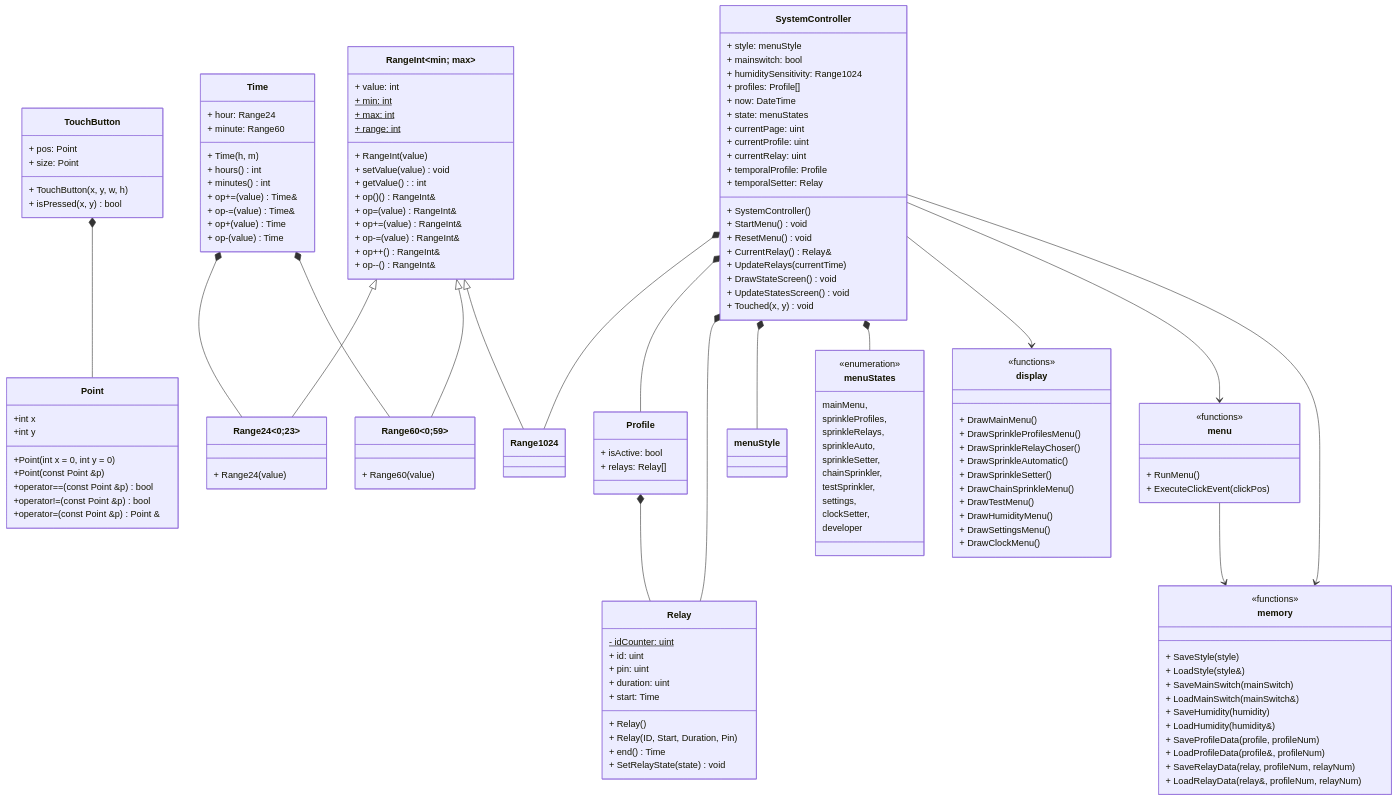
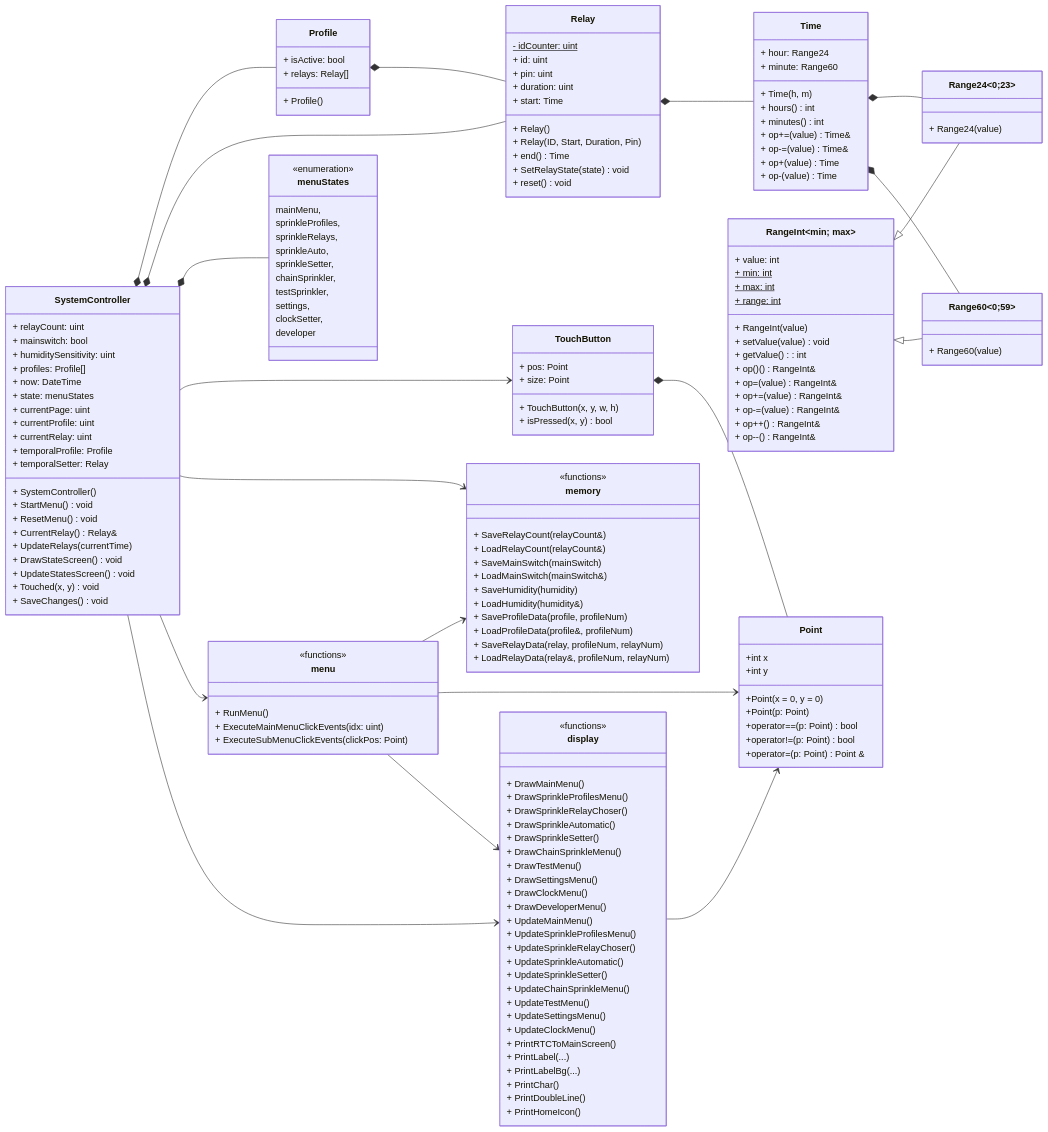
Before and after one commit to Spyro1/SprinkleSystem: the first of 2 diagrams in MinimalistSprinklerGUI/DEVDOC.md, drawn with Mermaid. The commit also changed other lines of this file and 2 other files, not shown here.

Commit message:
DEVDOC class diagram improved, menu diagram in ppt

````diff
--- a/MinimalistSprinklerGUI/DEVDOC.md
+++ b/MinimalistSprinklerGUI/DEVDOC.md
@@ -38,9 +15,9 @@
 ```mermaid
 classDiagram
-    direction TB
+    direction LR
     class menuStates{
         <<enumeration>>
-        mainMenu,
+        mainMenu, 
         sprinkleProfiles,
         sprinkleRelays,
         sprinkleAuto,
@@ -54,11 +31,11 @@
     class Point {
         +int x
         +int y
-        +Point(int x = 0, int y = 0)
-        +Point(const Point &p)
-        +operator==(const Point &p) bool
-        +operator!=(const Point &p) bool
-        +operator=(const Point &p) Point &
+        +Point(x = 0, y = 0)
+        +Point(p: Point)
+        +operator==(p: Point) bool
+        +operator!=(p: Point) bool
+        +operator=(p: Point) Point &
     }
     class RangeInt~min; max~{
         + value: int
@@ -108,15 +85,17 @@
         + Relay(ID, Start, Duration, Pin)
         + end() Time
         + SetRelayState(state) void
+        + reset() void
     }
     class Profile{
         + isActive: bool
         + relays: Relay[]
+        + Profile()
     }
     class SystemController{
-        + style: menuStyle
+        + relayCount: uint
         + mainswitch: bool
-        + humiditySensitivity: Range1024
+        + humiditySensitivity: uint
         + profiles: Profile[]
         + now: DateTime
         + state: menuStates
@@ -133,30 +112,32 @@
         + DrawStateScreen() void
         + UpdateStatesScreen() void
         + Touched(x, y) void
+        + SaveChanges() void
     }
 
     RangeInt <|-- Range24
+    RangeInt <|-- Range60
     Time *-- Range24
     Time *-- Range60
-    RangeInt <|-- Range60
-    RangeInt <|-- Range1024
 
-    SystemController *-- Range1024
     SystemController *-- Profile
     SystemController *-- Relay
+    SystemController *-- menuStates
+    SystemController --> TouchButton
+    SystemController --> memory
+    SystemController --> menu
+    SystemController --> display
     
     Profile *-- Relay
+    Relay *-- Time
     
-    TouchButton *-- Point   
-    
-    SystemController *-- menuStyle
-    SystemController *-- menuStates
-    
-    SystemController --> display
-    SystemController --> menu
-    SystemController --> memory
+    TouchButton *-- Point
     
     menu --> memory
+    menu --> Point
+    menu --> display
+    
+    display --> Point
     
     class display{
         <<functions>>
@@ -167,19 +148,35 @@
         + DrawSprinkleSetter()
         + DrawChainSprinkleMenu()
         + DrawTestMenu()
-        + DrawHumidityMenu()
         + DrawSettingsMenu()
         + DrawClockMenu()
+        + DrawDeveloperMenu()
+        + UpdateMainMenu()
+        + UpdateSprinkleProfilesMenu()
+        + UpdateSprinkleRelayChoser()
+        + UpdateSprinkleAutomatic()
+        + UpdateSprinkleSetter()
+        + UpdateChainSprinkleMenu()
+        + UpdateTestMenu()
+        + UpdateSettingsMenu()
+        + UpdateClockMenu()
+        + PrintRTCToMainScreen()
+        + PrintLabel(...)
+        + PrintLabelBg(...)
+        + PrintChar()
+        + PrintDoubleLine()
+        + PrintHomeIcon()
     }
     class menu{
         <<functions>>
         + RunMenu()
-        + ExecuteClickEvent(clickPos)
+        + ExecuteMainMenuClickEvents(idx: uint)
+        + ExecuteSubMenuClickEvents(clickPos: Point)
     }
     class memory{
         <<functions>>
-        + SaveStyle(style)
-        + LoadStyle(style&) 
+        + SaveRelayCount(relayCount&)
+        + LoadRelayCount(relayCount&) 
         + SaveMainSwitch(mainSwitch) 
         + LoadMainSwitch(mainSwitch&)
         + SaveHumidity(humidity)
````
